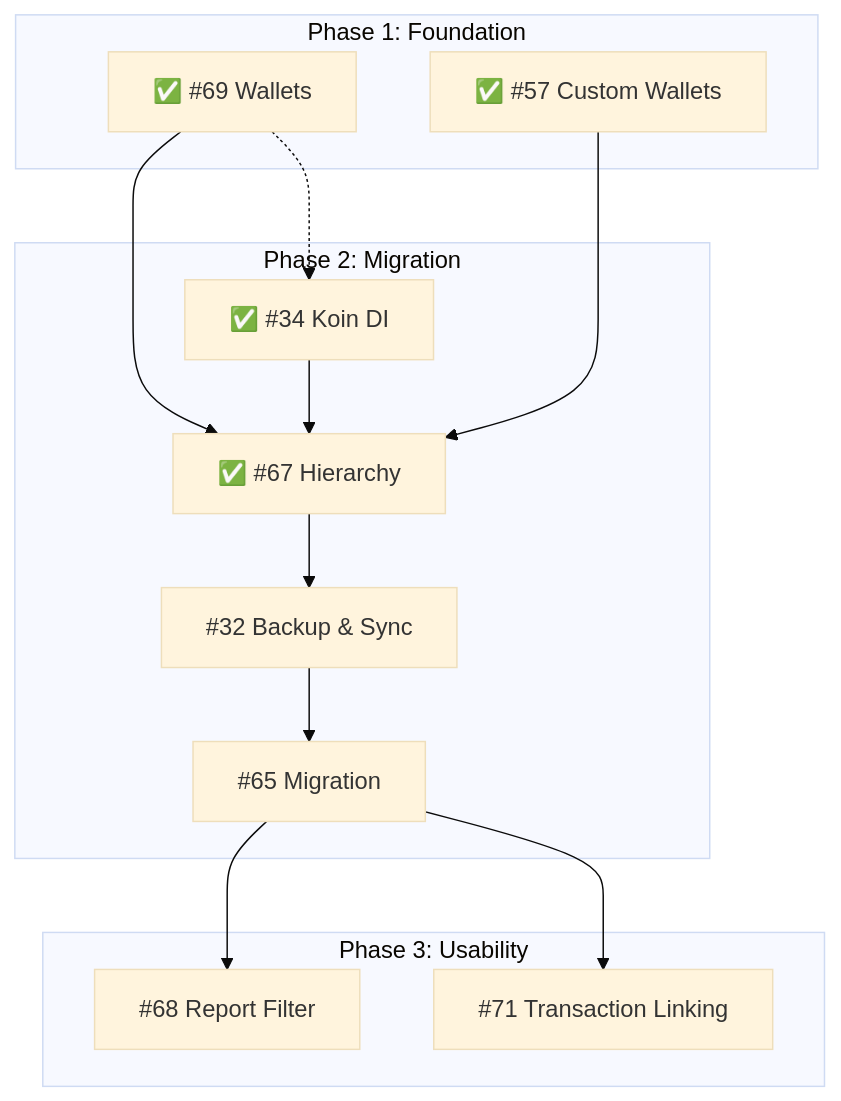
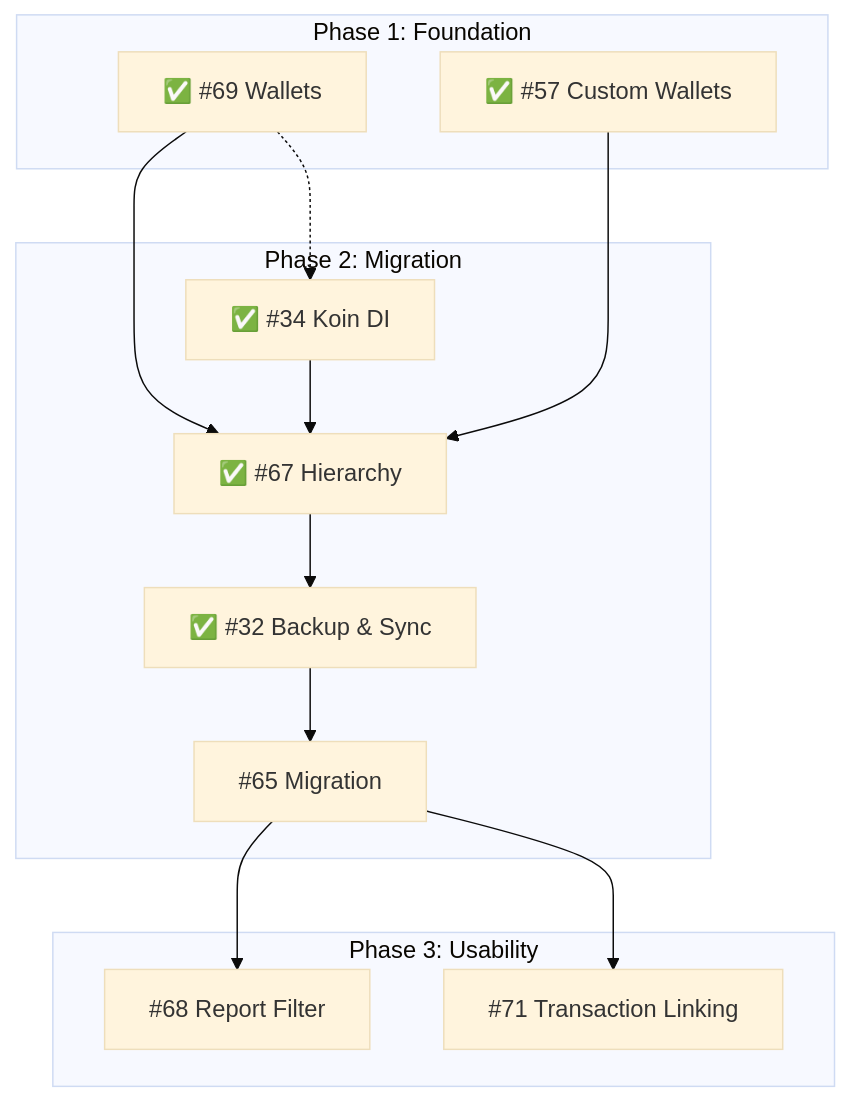
Before and after one commit to oatrice/JarWise-Root: the diagram in docs/ROADMAP.md, drawn with Mermaid (base theme). The commit also changed other lines of this file and 2 other files, not shown here.

Commit message:
✨ feat(auth): complete google login and cloud backup
- Implements Google Sign-In and Google Drive Cloud Backup for Android
- Updates ROADMAP.md to mark Google Login & Cloud Backup as done (v1.7.0)
- Adds comprehensive documentation for the feature implementation
- Includes architectural changes with Koin DI integration (v1.6.0)
- Provides UI for login, dashboard, settings, and backup operations
- Enables data persistence across devices and automatic backups
- Adds manual restore and logout functionality

````diff
--- a/docs/ROADMAP.md
+++ b/docs/ROADMAP.md
@@ -39,28 +39,28 @@
 ```mermaid
 graph TD
     subgraph Phase 1: Foundation
         I69[✅ #69 Wallets]
         I57[✅ #57 Custom Wallets]
     end
 
     subgraph Phase 2: Migration
         KOIN[✅ #34 Koin DI]
-        I32[#32 Backup & Sync]
+        I32[✅ #32 Backup & Sync]
         I67[✅ #67 Hierarchy]
         I65[#65 Migration]
     end
 
     subgraph Phase 3: Usability
         I68[#68 Report Filter]
         I71[#71 Transaction Linking]
     end
 
     I69 --> I67
     I57 --> I67
     I69 -.-> KOIN
     KOIN --> I67
     I67 --> I32
     I32 --> I65
     I65 --> I68
     I65 --> I71
 ```
````
